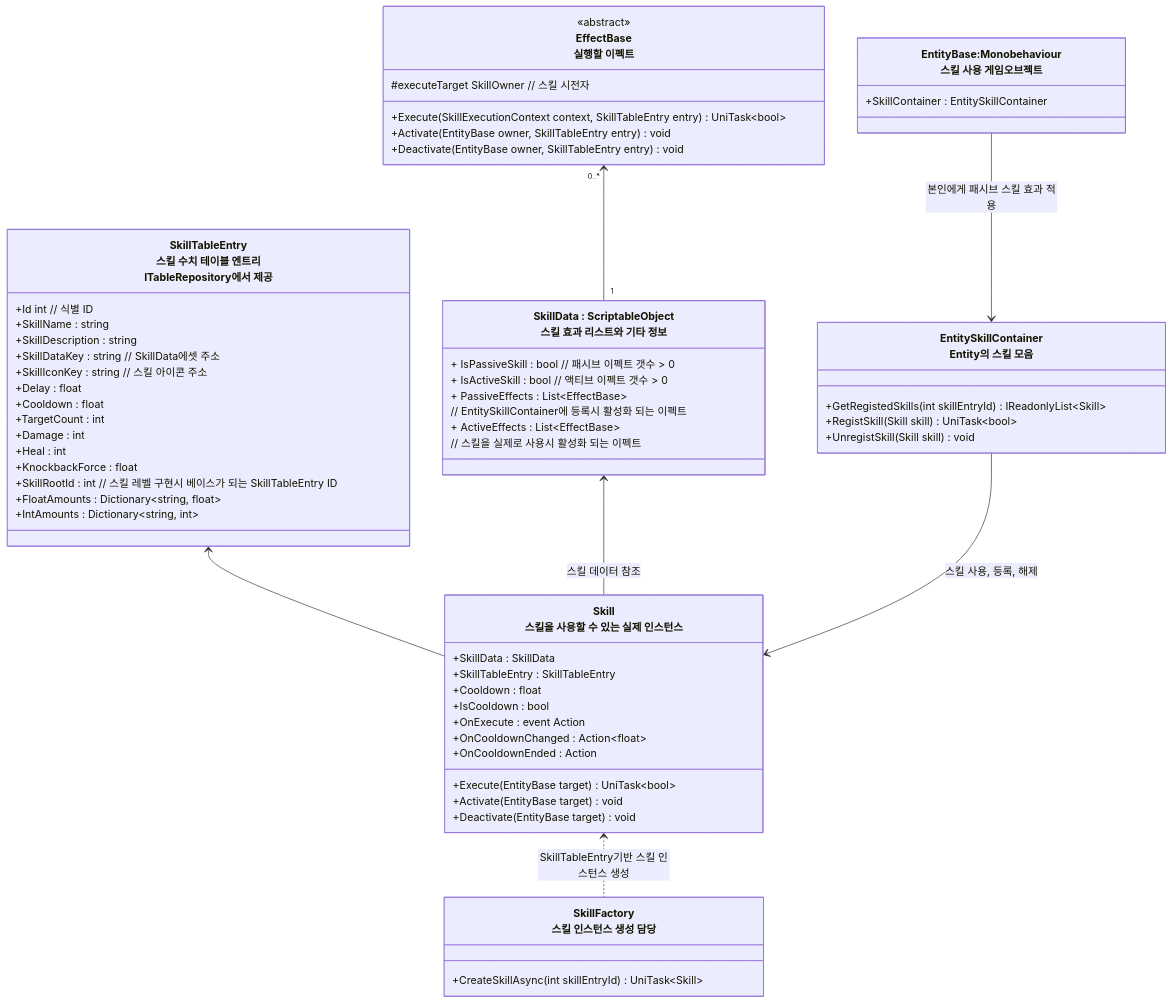
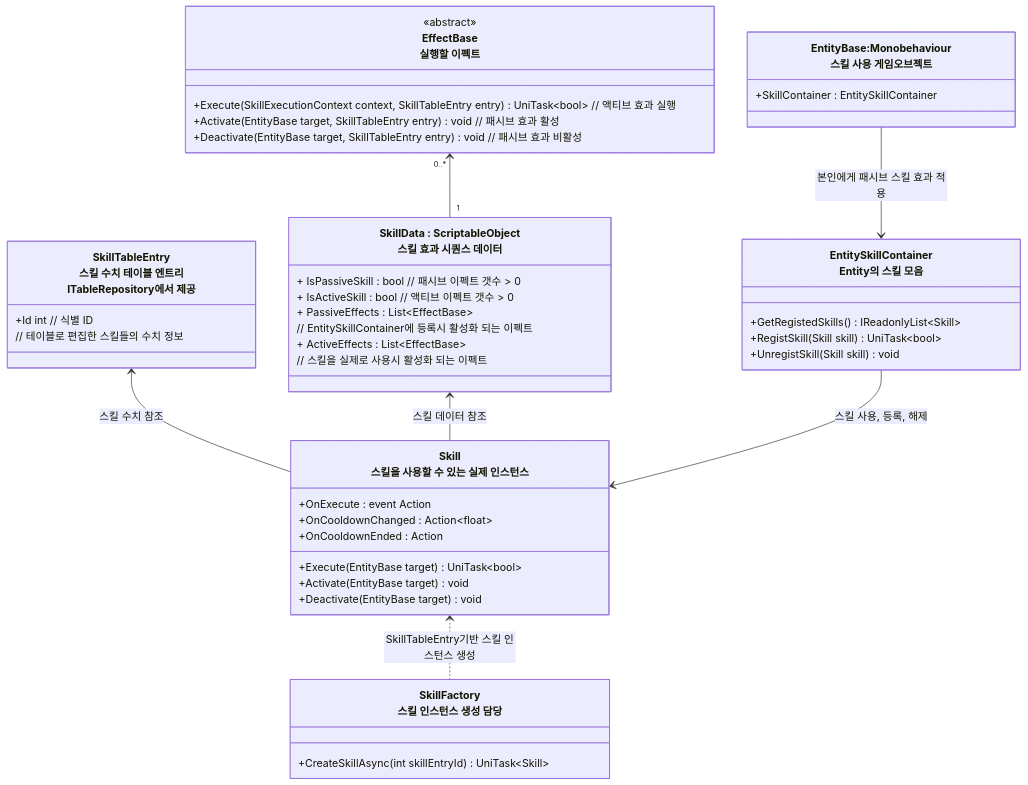
The first of 2 diagrams in README/스킬시스템_설계.md (JIN5EOK/DungeonShooter), drawn with Mermaid before and after one commit. The commit also changed other lines of this file and 1 other file, not shown here.

````diff
--- a/README/스킬시스템_설계.md
+++ b/README/스킬시스템_설계.md
@@ -14,70 +14,54 @@
 ```mermaid
 classDiagram
     class EffectBase["EffectBase<br>실행할 이펙트"]{
         <<abstract>>
-        #executeTarget SkillOwner // 스킬 시전자
-        +Execute(SkillExecutionContext context, SkillTableEntry entry) UniTask~bool~
-        +Activate(EntityBase owner, SkillTableEntry entry) void
-        +Deactivate(EntityBase owner, SkillTableEntry entry) void
+        +Execute(SkillExecutionContext context, SkillTableEntry entry) UniTask~bool~ // 액티브 효과 실행
+        +Activate(EntityBase target, SkillTableEntry entry) void // 패시브 효과 활성
+        +Deactivate(EntityBase target, SkillTableEntry entry) void // 패시브 효과 비활성
     }
     
-    class SkillData["SkillData : ScriptableObject<br>스킬 효과 리스트와 기타 정보"]{
+    class SkillData["SkillData : ScriptableObject<br>스킬 효과 시퀀스 데이터"]{
 		+ IsPassiveSkill : bool // 패시브 이펙트 갯수 > 0
 		+ IsActiveSkill : bool // 액티브 이펙트 갯수 > 0
         + PassiveEffects : List~EffectBase~ 
         // EntitySkillContainer에 등록시 활성화 되는 이펙트
         + ActiveEffects : List~EffectBase~ 
         // 스킬을 실제로 사용시 활성화 되는 이펙트
     }
 
     class Skill["Skill<br>스킬을 사용할 수 있는 실제 인스턴스"]{
-        +SkillData : SkillData
-        +SkillTableEntry : SkillTableEntry
-        +Cooldown : float
-        +IsCooldown : bool
+
         +OnExecute : event Action
         +OnCooldownChanged : Action~float~
         +OnCooldownEnded : Action
         +Execute(EntityBase target) UniTask~bool~
         +Activate(EntityBase target) void
         +Deactivate(EntityBase target) void
     }
 
 	class SkillTableEntry["SkillTableEntry<br>스킬 수치 테이블 엔트리<br>ITableRepository에서 제공 "]{
 		+Id int // 식별 ID
-		+SkillName : string
-		+SkillDescription : string
-		+SkillDataKey : string // SkillData에셋 주소
-		+SkillIconKey : string // 스킬 아이콘 주소
-		+Delay : float
-		+Cooldown : float
-		+TargetCount : int
-        +Damage : int
-        +Heal : int
-		+KnockbackForce : float
-        +SkillRootId : int // 스킬 레벨 구현시 베이스가 되는 SkillTableEntry ID
-        +FloatAmounts : Dictionary~string, float~
-        +IntAmounts : Dictionary~string, int~
+		// 테이블로 편집한 스킬들의 수치 정보
 	}
 	
     class EntitySkillContainer["EntitySkillContainer<br>Entity의 스킬 모음"]{
-        +GetRegistedSkills(int skillEntryId) IReadonlyList~Skill~
+        +GetRegistedSkills() IReadonlyList~Skill~
         +RegistSkill(Skill skill) UniTask~bool~
         +UnregistSkill(Skill skill) void
     }
     
 	class SkillFactory["SkillFactory<br>스킬 인스턴스 생성 담당"]{
         +CreateSkillAsync(int skillEntryId) UniTask~Skill~
     }
     
     class EntityBase["EntityBase:Monobehaviour<br>스킬 사용 게임오브젝트"]{
         +SkillContainer : EntitySkillContainer
     }
     
-    SkillTableEntry <-- Skill
+    SkillTableEntry <-- Skill : 스킬 수치 참조
     SkillData <-- Skill : 스킬 데이터 참조
     EffectBase "0..*"<--"1" SkillData
     EntitySkillContainer --> Skill  : 스킬 사용, 등록, 해제
     Skill <.. SkillFactory : SkillTableEntry기반 스킬 인스턴스 생성
     EntityBase --> EntitySkillContainer : 본인에게 패시브 스킬 효과 적용
 ```
````
